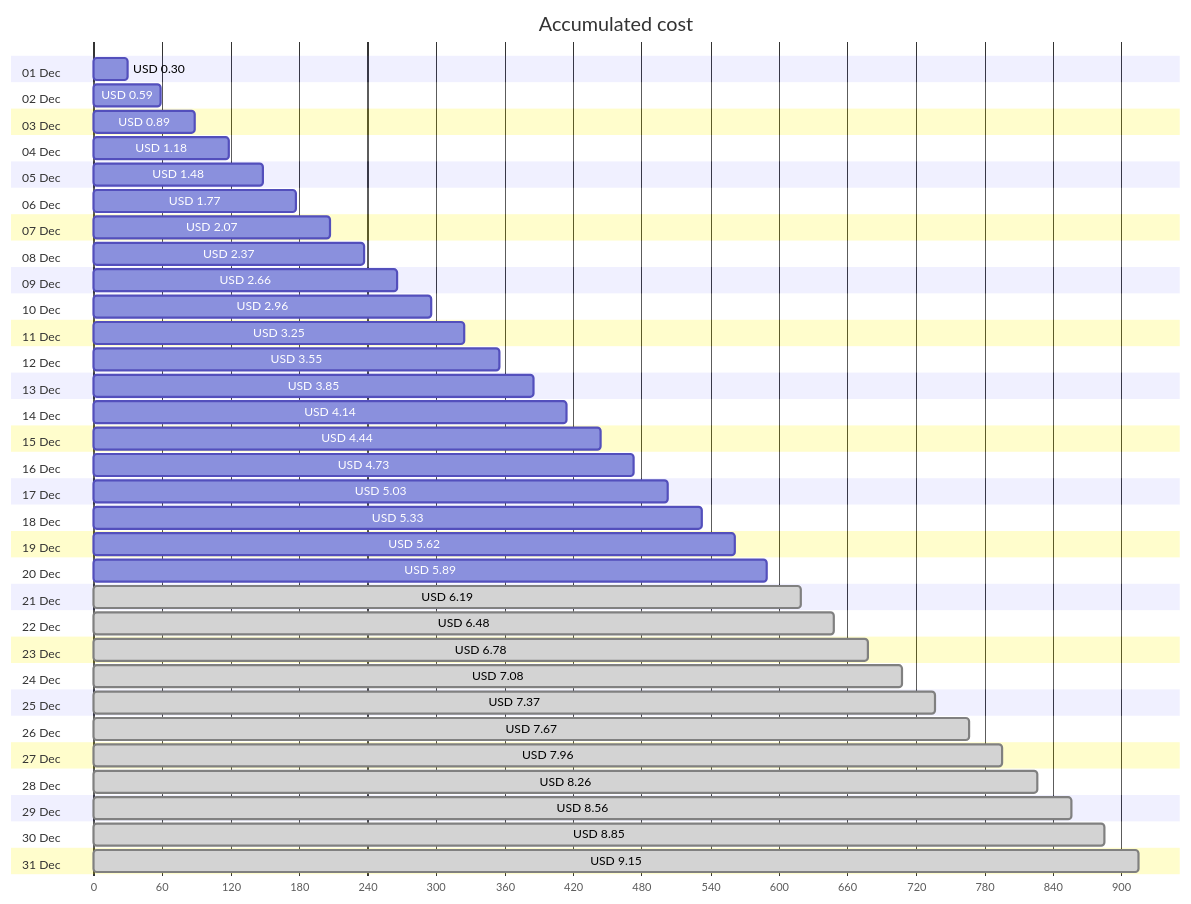
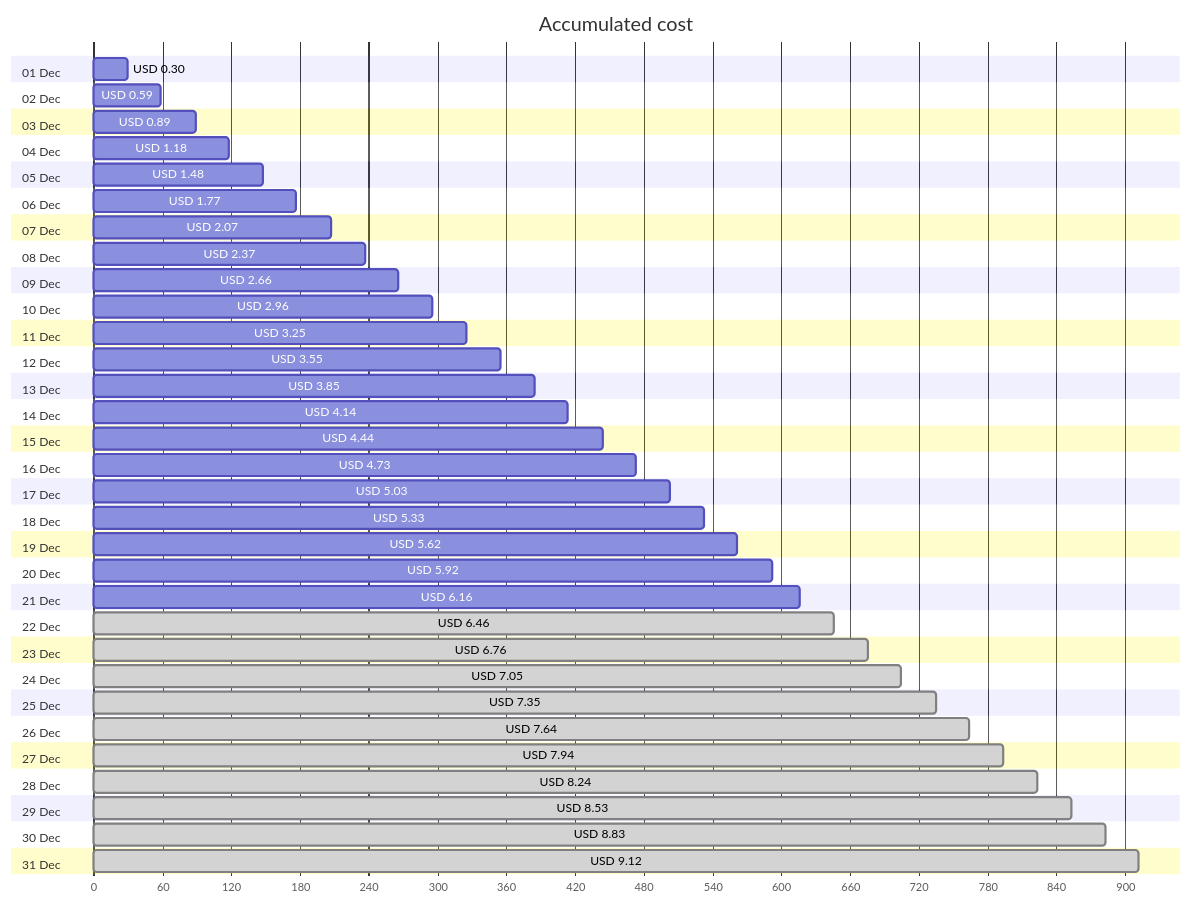
The first of 4 diagrams in cost-reports/personal-site/personal-site-preview.md (jpfulton/azure-personal-reports), drawn with Mermaid before and after one commit. The commit also changed other lines of this file and 6 other files, not shown here.

````diff
--- a/cost-reports/personal-site/personal-site-preview.md
+++ b/cost-reports/personal-site/personal-site-preview.md
@@ -20,68 +20,68 @@
 ```mermaid
 gantt
    title Accumulated cost
    dateFormat  X
    axisFormat %s
    section 01 Dec
    USD 0.30 :0, 30
    section 02 Dec
    USD 0.59 :0, 59
    section 03 Dec
    USD 0.89 :0, 89
    section 04 Dec
    USD 1.18 :0, 118
    section 05 Dec
    USD 1.48 :0, 148
    section 06 Dec
    USD 1.77 :0, 177
    section 07 Dec
    USD 2.07 :0, 207
    section 08 Dec
    USD 2.37 :0, 237
    section 09 Dec
    USD 2.66 :0, 266
    section 10 Dec
    USD 2.96 :0, 296
    section 11 Dec
    USD 3.25 :0, 325
    section 12 Dec
    USD 3.55 :0, 355
    section 13 Dec
    USD 3.85 :0, 385
    section 14 Dec
    USD 4.14 :0, 414
    section 15 Dec
    USD 4.44 :0, 444
    section 16 Dec
    USD 4.73 :0, 473
    section 17 Dec
    USD 5.03 :0, 503
    section 18 Dec
    USD 5.33 :0, 533
    section 19 Dec
    USD 5.62 :0, 562
    section 20 Dec
-   USD 5.89 :0, 589
+   USD 5.92 :0, 592
    section 21 Dec
-   USD 6.19 : done, 0, 619
+   USD 6.16 :0, 616
    section 22 Dec
-   USD 6.48 : done, 0, 648
+   USD 6.46 : done, 0, 646
    section 23 Dec
-   USD 6.78 : done, 0, 678
+   USD 6.76 : done, 0, 676
    section 24 Dec
-   USD 7.08 : done, 0, 708
+   USD 7.05 : done, 0, 705
    section 25 Dec
-   USD 7.37 : done, 0, 737
+   USD 7.35 : done, 0, 735
    section 26 Dec
-   USD 7.67 : done, 0, 767
+   USD 7.64 : done, 0, 764
    section 27 Dec
-   USD 7.96 : done, 0, 796
+   USD 7.94 : done, 0, 794
    section 28 Dec
-   USD 8.26 : done, 0, 826
+   USD 8.24 : done, 0, 824
    section 29 Dec
-   USD 8.56 : done, 0, 856
+   USD 8.53 : done, 0, 853
    section 30 Dec
-   USD 8.85 : done, 0, 885
+   USD 8.83 : done, 0, 883
    section 31 Dec
-   USD 9.15 : done, 0, 915
+   USD 9.12 : done, 0, 912
 ```
````
